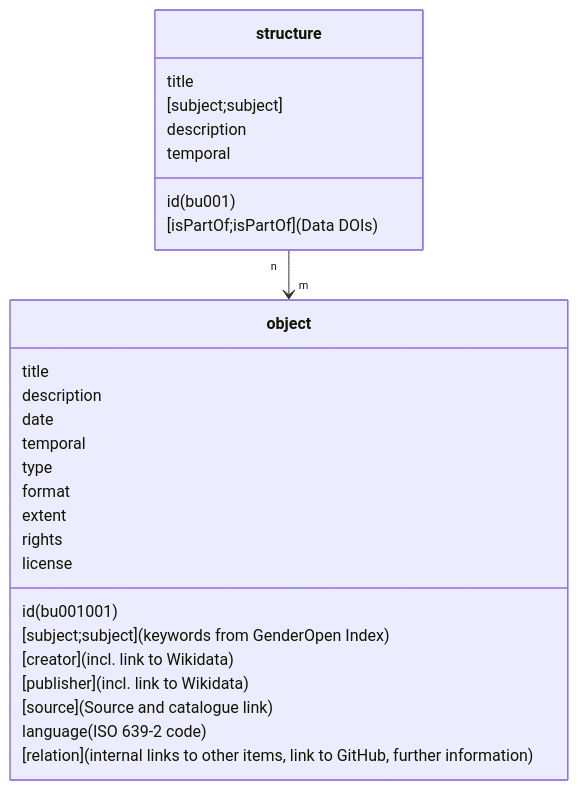
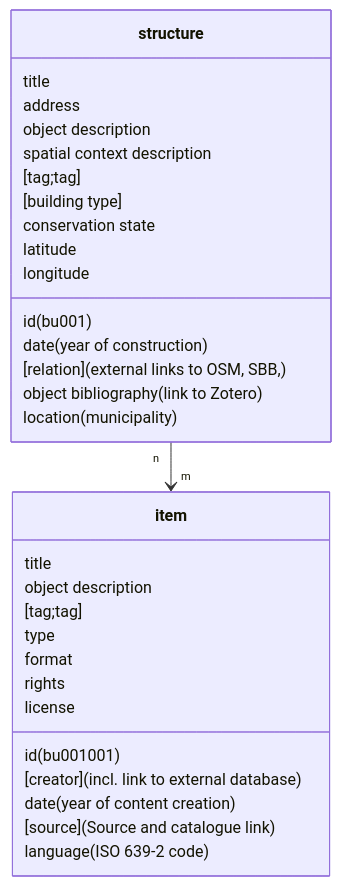
One commit to mtwente/maxvogt changed the diagram in README.md. Above: the diagram before and after it, drawn with Mermaid.

Commit message:
fix: fix data model

````diff
--- a/README.md
+++ b/README.md
@@ -40,30 +40,34 @@
 ```mermaid
 classDiagram
     class structure {
         id (bu001)
         title
-        [subject;subject]
-        description
-        temporal
-        [isPartOf;isPartOf] (Data DOIs)
+        date (year of construction)
+        [relation] (external links to OSM, SBB, )
+        address
+        object description
+        spatial context description
+        [tag;tag]
+        [building type]
+        conservation state
+        object bibliography (link to Zotero)
+        location (municipality)
+        latitude
+        longitude
     }
-    class object {
+    class item {
         id (bu001001)
         title
-        [subject;subject] (keywords from GenderOpen Index)
-        description
-        [creator] (incl. link to Wikidata)
-        [publisher] (incl. link to Wikidata)
-        date
-        temporal
+        [creator] (incl. link to external database)
+        date (year of content creation)
+        object description
+        [tag;tag]
+        [source] (Source and catalogue link)
         type
         format
-        extent
-        [source] (Source and catalogue link)
         language (ISO 639-2 code)
-        [relation] (internal links to other items, link to GitHub, further information)
         rights
         license
     }
-    structure "n" --> "m" object
+    structure "n" --> "m" item
 ```
````
